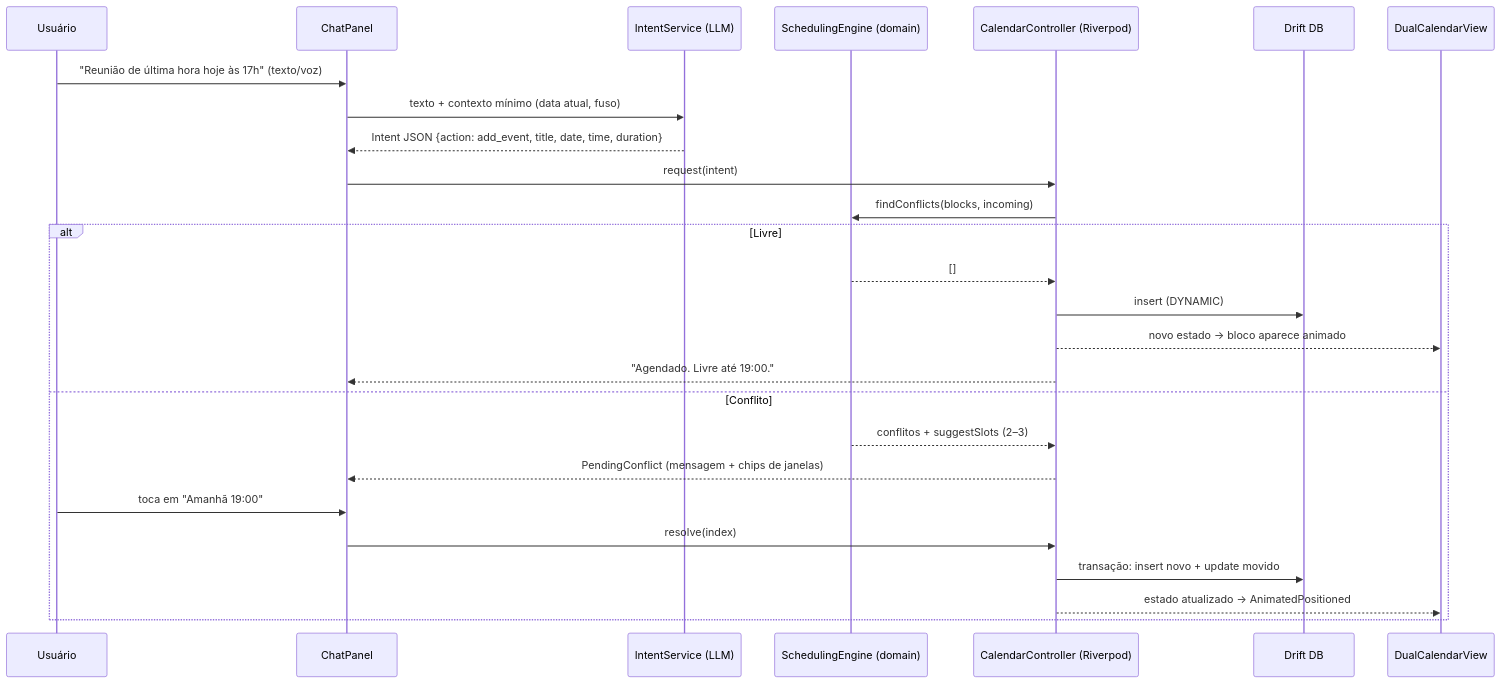
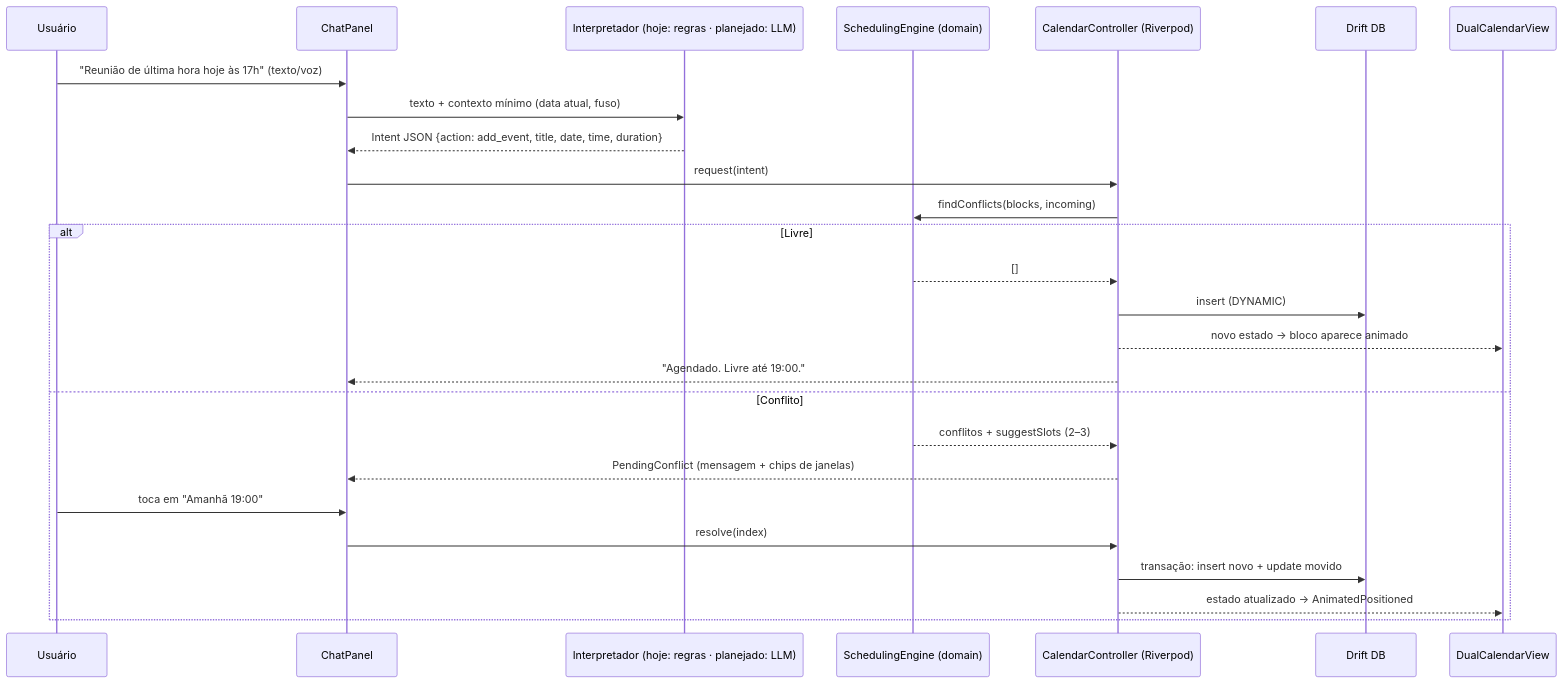
Before and after one commit to Eyrick/adaptive-routine: the diagram in docs/ARCHITECTURE.md, drawn with Mermaid. The commit also changed other lines of this file and 11 other files, not shown here.

````diff
--- a/docs/ARCHITECTURE.md
+++ b/docs/ARCHITECTURE.md
@@ -111,29 +113,29 @@
 ```mermaid
 sequenceDiagram
   participant U as Usuário
   participant C as ChatPanel
-  participant I as IntentService (LLM)
+  participant I as Interpretador (hoje: regras · planejado: LLM)
   participant M as SchedulingEngine (domain)
   participant S as CalendarController (Riverpod)
   participant D as Drift DB
   participant V as DualCalendarView
 
   U->>C: "Reunião de última hora hoje às 17h" (texto/voz)
   C->>I: texto + contexto mínimo (data atual, fuso)
   I-->>C: Intent JSON {action: add_event, title, date, time, duration}
   C->>S: request(intent)
   S->>M: findConflicts(blocks, incoming)
   alt Livre
     M-->>S: []
     S->>D: insert (DYNAMIC)
     S-->>V: novo estado → bloco aparece animado
     S-->>C: "Agendado. Livre até 19:00."
   else Conflito
     M-->>S: conflitos + suggestSlots (2–3)
     S-->>C: PendingConflict (mensagem + chips de janelas)
     U->>C: toca em "Amanhã 19:00"
     C->>S: resolve(index)
     S->>D: transação: insert novo + update movido
     S-->>V: estado atualizado → AnimatedPositioned
   end
 ```
````
